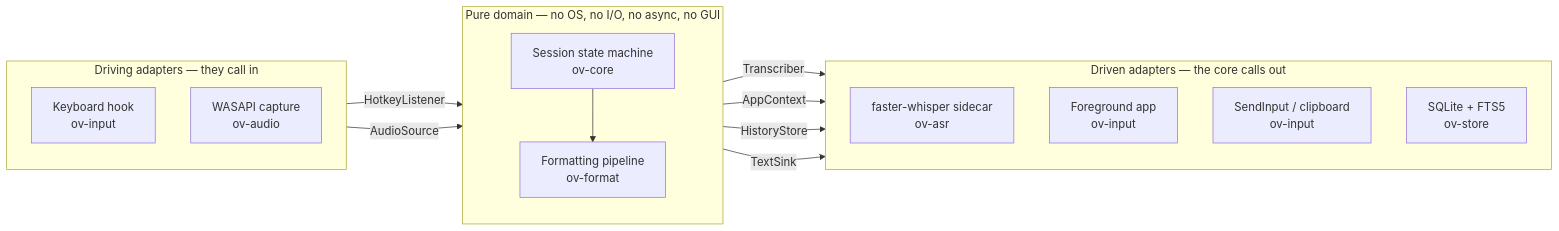
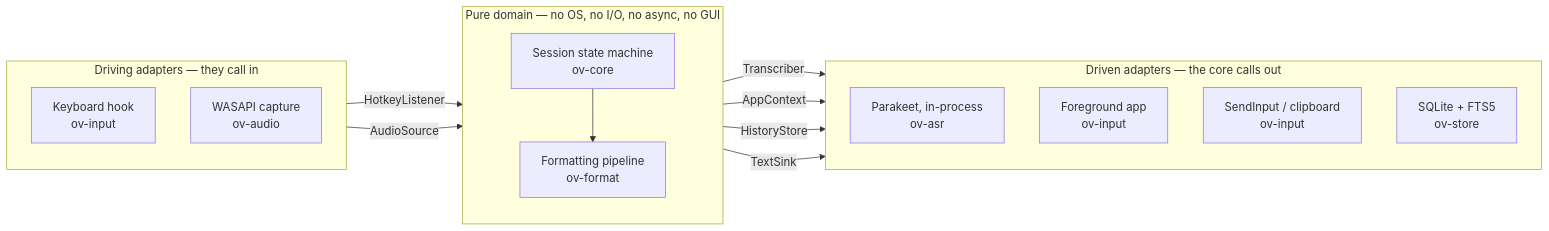
The diagram in README.md (adityashelke04/OpenVoice), drawn with Mermaid before and after one commit. The commit also changed other lines of this file and 11 other files, not shown here.

````diff
--- a/README.md
+++ b/README.md
@@ -209,30 +210,30 @@
 ```mermaid
 flowchart LR
     subgraph driving["Driving adapters — they call in"]
         direction TB
         HK["Keyboard hook<br/>ov-input"]
         MIC["WASAPI capture<br/>ov-audio"]
     end
 
     subgraph core["Pure domain — no OS, no I/O, no async, no GUI"]
         direction TB
         SM["Session state machine<br/>ov-core"]
         FMT["Formatting pipeline<br/>ov-format"]
         SM --> FMT
     end
 
     subgraph driven["Driven adapters — the core calls out"]
         direction TB
-        ASR["faster-whisper sidecar<br/>ov-asr"]
+        ASR["Parakeet, in-process<br/>ov-asr"]
         APP["Foreground app<br/>ov-input"]
         SINK["SendInput / clipboard<br/>ov-input"]
         DB["SQLite + FTS5<br/>ov-store"]
     end
 
     HK   -- "HotkeyListener" --> SM
     MIC  -- "AudioSource"    --> SM
     SM   -- "Transcriber"    --> ASR
     SM   -- "AppContext"     --> APP
     SM   -- "HistoryStore"   --> DB
     FMT  -- "TextSink"       --> SINK
 ```
````
